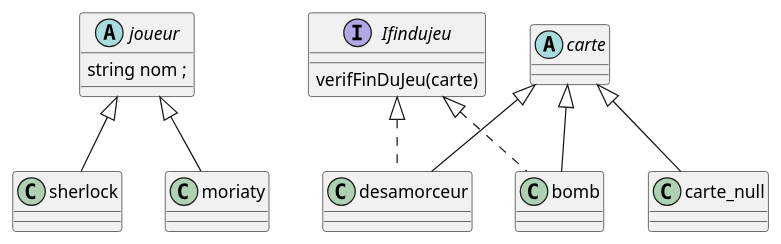
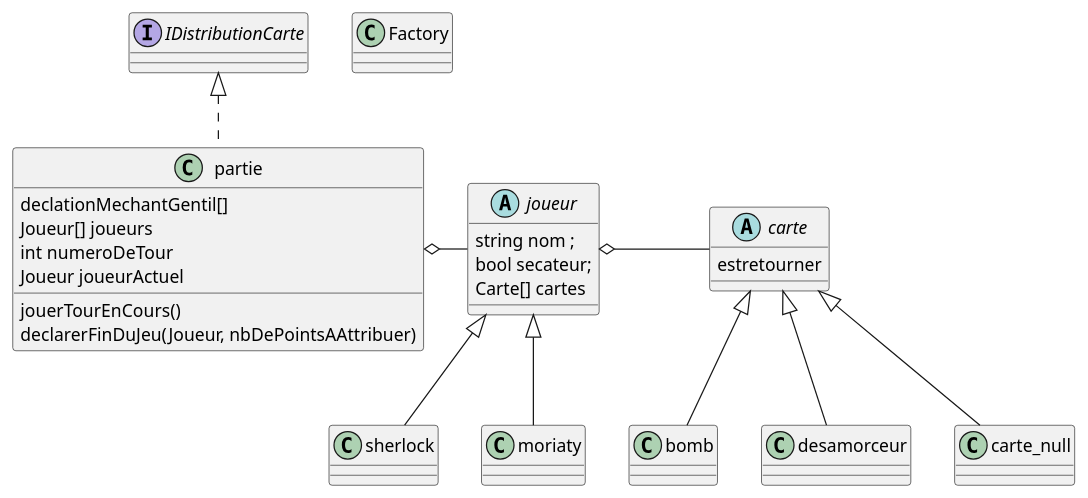
One commit to CPE-LYON-APICOT/projet-saxoteam changed the diagram in docs/diagrammeClass.puml. Above: the diagram before and after it, drawn with PlantUML. The commit also changed 23 other files, not shown here.

```diff
--- a/docs/diagrammeClass.puml
+++ b/docs/diagrammeClass.puml
@@ -1,35 +1,57 @@
 @startuml timebomb
 
 abstract class joueur {
     string nom ;
+    bool secateur;
+    Carte[] cartes
 }
 
 class sherlock extends joueur {
 
 }
 
 class moriaty extends joueur {
 
 }
 
 abstract class carte {
+    estretourner
+}
+
+class bomb extends carte
+{
 
 }
 
-class bomb extends carte implements Ifindujeu{
-
-}
-
-class desamorceur extends carte implements Ifindujeu{
+class desamorceur extends carte {
 
 }
 
 class carte_null extends carte {
 
 }
-interface Ifindujeu {
-    verifFinDuJeu(carte)
+' interface Ifindujeu {
+'     void verif_fin_du_jeu(carte);
+' }
+
+class partie implements IDistributionCarte {
+ declationMechantGentil[]
+ Joueur[] joueurs
+ int numeroDeTour
+ Joueur joueurActuel
+ jouerTourEnCours()
+'    numeroDeTour ++
+'    joueurActuel = ??
+ declarerFinDuJeu(Joueur, nbDePointsAAttribuer)
+
 }
 
 
+class Factory {
+
+}
+
+partie o-joueur
+joueur o-carte
+
 @enduml timebomb
```
